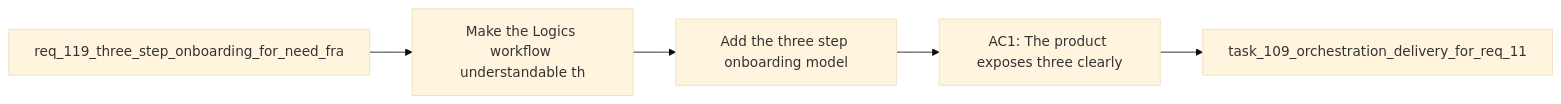
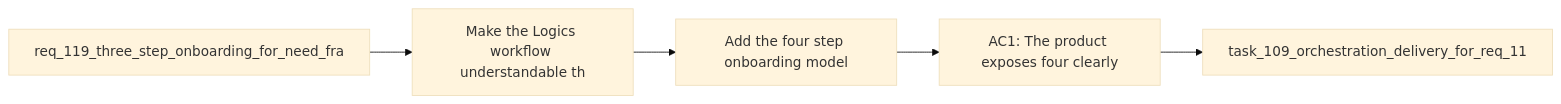
One commit to AlexAgo83/logics-manager changed the diagram in logics/backlog/item_209_add_the_three_step_onboarding_model_to_guided_request_entry_surfaces_and_validate_workflow_alignment.md. Above: the diagram before and after it, drawn with Mermaid (base theme). The commit also changed other lines of this file and 14 other files, not shown here.

````diff
--- a/logics/backlog/item_209_add_the_three_step_onboarding_model_to_guided_request_entry_surfaces_and_validate_workflow_alignment.md
+++ b/logics/backlog/item_209_add_the_three_step_onboarding_model_to_guided_request_entry_surfaces_and_validate_workflow_alignment.md
@@ -37,9 +37,9 @@
 ```mermaid
 %% logics-kind: backlog
-%% logics-signature: backlog|add-the-three-step-onboarding-model-to-g|req-119-three-step-onboarding-for-need-f|make-the-logics-workflow-understandable-|ac1-the-product-exposes-three-clearly
+%% logics-signature: backlog|add-the-three-step-onboarding-model-to-g|req-119-three-step-onboarding-for-need-f|make-the-logics-workflow-understandable-|ac1-the-product-exposes-four-clearly
 flowchart LR
     Request[req_119_three_step_onboarding_for_need_fra] --> Problem[Make the Logics workflow understandable th]
-    Problem --> Scope[Add the three step onboarding model]
-    Scope --> Acceptance[AC1: The product exposes three clearly]
+    Problem --> Scope[Add the four step onboarding model]
+    Scope --> Acceptance[AC1: The product exposes four clearly]
     Acceptance --> Tasks[task_109_orchestration_delivery_for_req_11]
 ```
````
